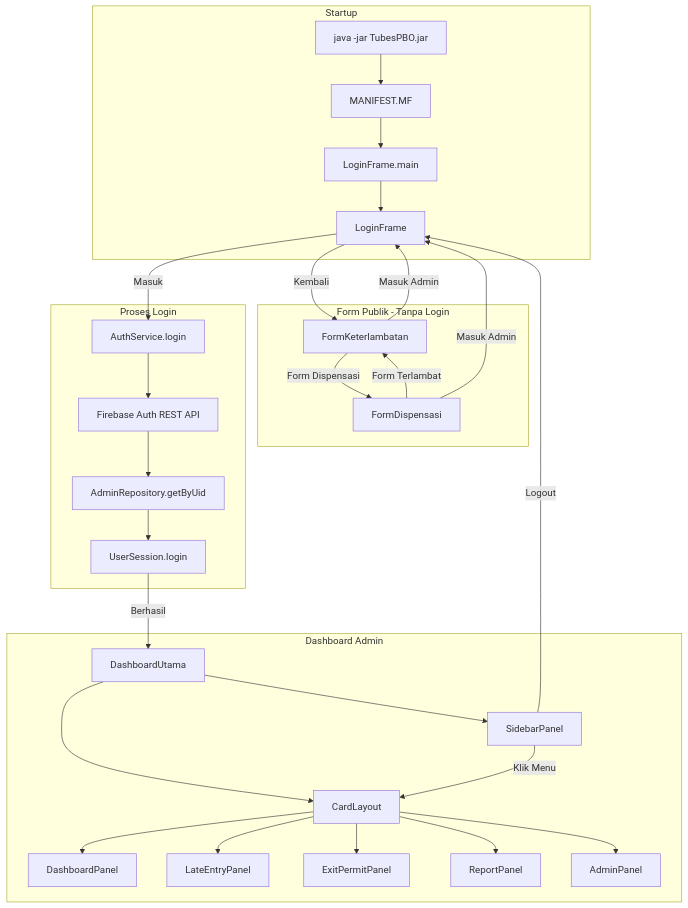
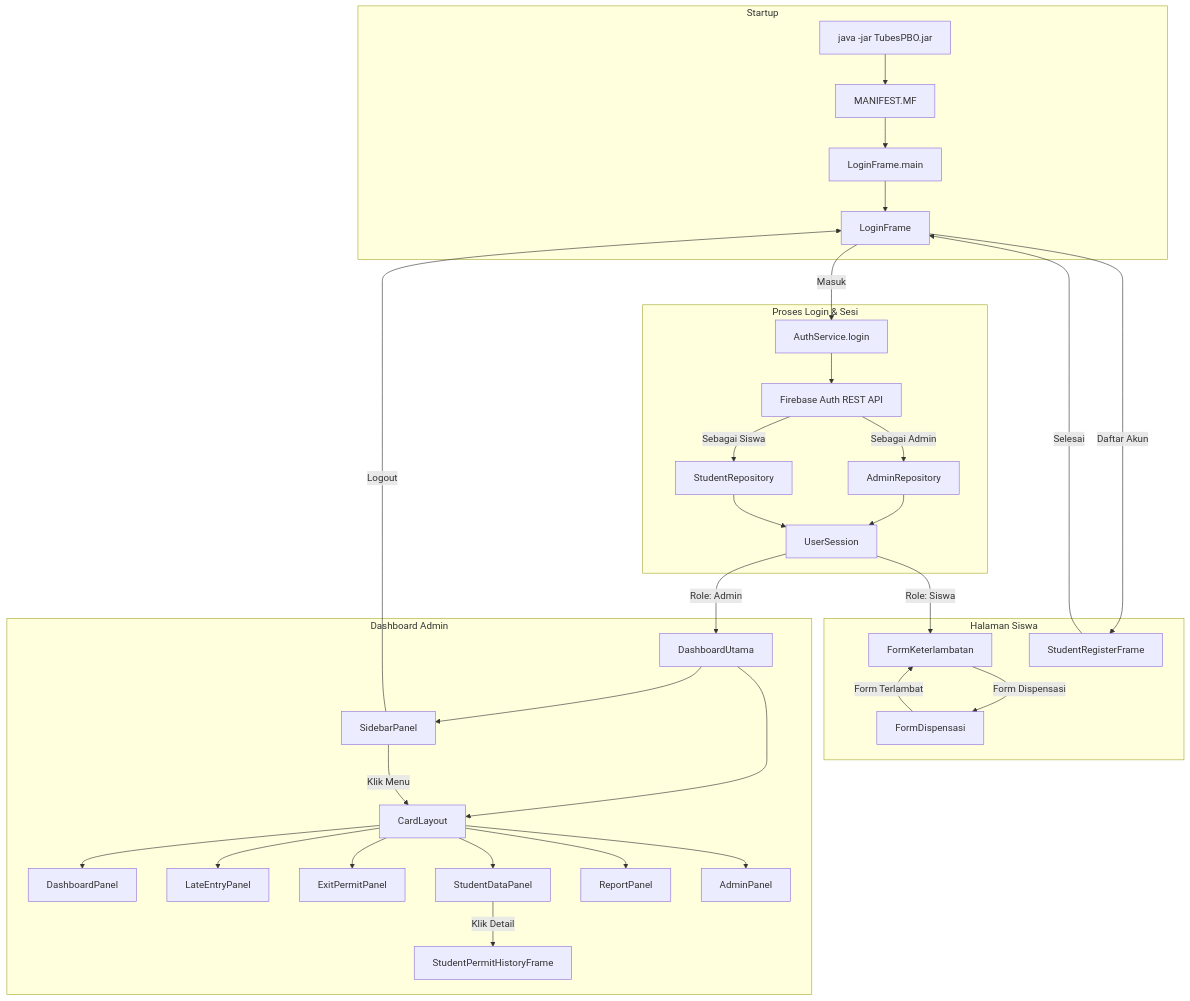
The sixth of 7 diagrams in DOKUMENTASI_PROYEK.md (Doni354/TubesPBO), drawn with Mermaid before and after one commit. The commit also changed other lines of this file and 2 other files, not shown here.

````diff
--- a/DOKUMENTASI_PROYEK.md
+++ b/DOKUMENTASI_PROYEK.md
@@ -755,37 +791,40 @@
 ```mermaid
 flowchart TD
     subgraph STARTUP ["Startup"]
         JAR["java -jar TubesPBO.jar"] --> MANIFEST["MANIFEST.MF"] --> LF_MAIN["LoginFrame.main"] --> LOGIN["LoginFrame"]
     end
 
-    subgraph PUBLIC ["Form Publik - Tanpa Login"]
+    subgraph PUBLIC ["Halaman Siswa"]
         FK["FormKeterlambatan"]
         FD["FormDispensasi"]
+        SRF["StudentRegisterFrame"]
     end
 
-    subgraph AUTH ["Proses Login"]
+    subgraph AUTH ["Proses Login & Sesi"]
         AUTH_SVC["AuthService.login"] --> FB_REST["Firebase Auth REST API"]
-        FB_REST --> ADMIN_REPO["AdminRepository.getByUid"]
-        ADMIN_REPO --> USER_SESS["UserSession.login"]
+        FB_REST -- Sebagai Admin --> ADMIN_REPO["AdminRepository"] --> USER_SESS["UserSession"]
+        FB_REST -- Sebagai Siswa --> STD_REPO["StudentRepository"] --> USER_SESS
     end
 
     subgraph DASHBOARD ["Dashboard Admin"]
         DU["DashboardUtama"] --> SIDEBAR["SidebarPanel"]
         DU --> CARD["CardLayout"]
         CARD --> DP["DashboardPanel"]
         CARD --> LEP["LateEntryPanel"]
         CARD --> EPP["ExitPermitPanel"]
+        CARD --> SDP["StudentDataPanel"]
         CARD --> RP["ReportPanel"]
         CARD --> AP["AdminPanel"]
+        SDP -- Klik Detail --> SPHF["StudentPermitHistoryFrame"]
     end
 
-    LOGIN -- Kembali --> FK
+    LOGIN -- Daftar Akun --> SRF
+    SRF -- Selesai --> LOGIN
+    LOGIN -- Masuk --> AUTH_SVC
+    USER_SESS -- Role: Admin --> DU
+    USER_SESS -- Role: Siswa --> FK
     FK -- Form Dispensasi --> FD
     FD -- Form Terlambat --> FK
-    FK -- Masuk Admin --> LOGIN
-    FD -- Masuk Admin --> LOGIN
-    LOGIN -- Masuk --> AUTH_SVC
-    USER_SESS -- Berhasil --> DU
     SIDEBAR -- Logout --> LOGIN
     SIDEBAR -- Klik Menu --> CARD
 ```
````
